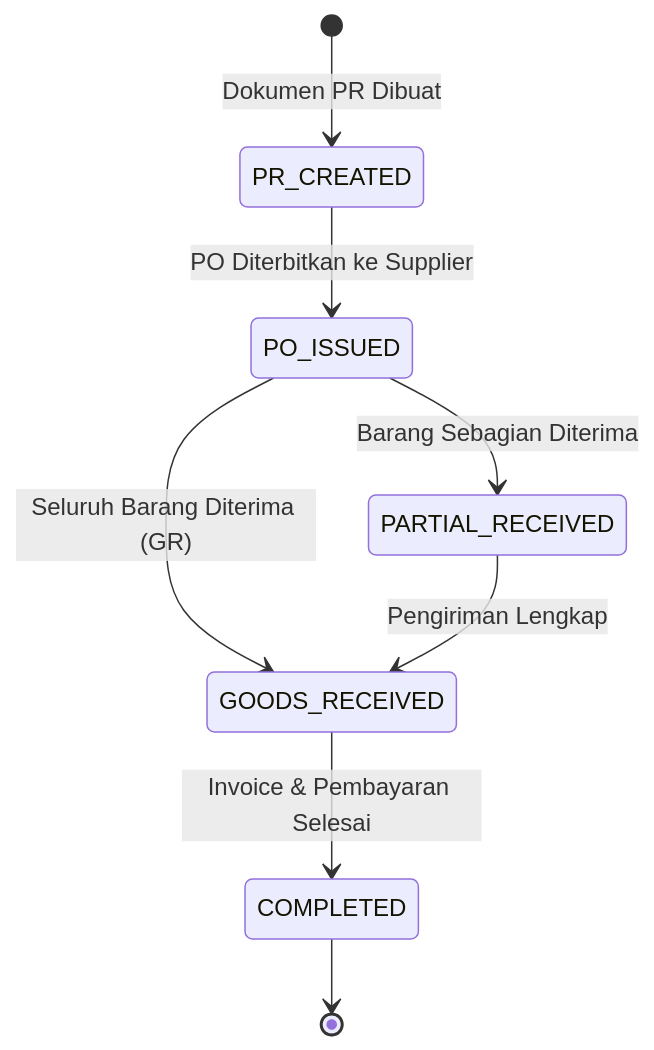
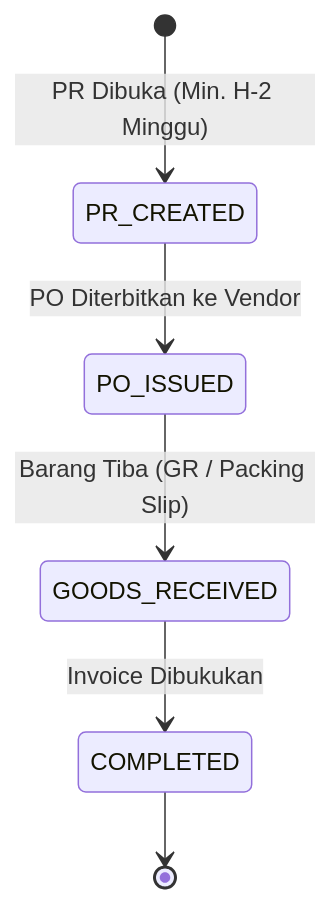
One commit to naenmad/smart_budget_monitoring_system changed the diagram in docs/business-process.md. Above: the diagram before and after it, drawn with Mermaid. The commit also changed other lines of this file and 63 other files, not shown here.

````diff
--- a/docs/business-process.md
+++ b/docs/business-process.md
@@ -36,10 +103,8 @@
 ```mermaid
 stateDiagram-v2
-    [*] --> PR_CREATED: Dokumen PR Dibuat
-    PR_CREATED --> PO_ISSUED: PO Diterbitkan ke Supplier
-    PO_ISSUED --> PARTIAL_RECEIVED: Barang Sebagian Diterima
-    PO_ISSUED --> GOODS_RECEIVED: Seluruh Barang Diterima (GR)
-    PARTIAL_RECEIVED --> GOODS_RECEIVED: Pengiriman Lengkap
-    GOODS_RECEIVED --> COMPLETED: Invoice & Pembayaran Selesai
+    [*] --> PR_CREATED: PR Dibuka (Min. H-2 Minggu)
+    PR_CREATED --> PO_ISSUED: PO Diterbitkan ke Vendor
+    PO_ISSUED --> GOODS_RECEIVED: Barang Tiba (GR / Packing Slip)
+    GOODS_RECEIVED --> COMPLETED: Invoice Dibukukan
     COMPLETED --> [*]
 ```
````
